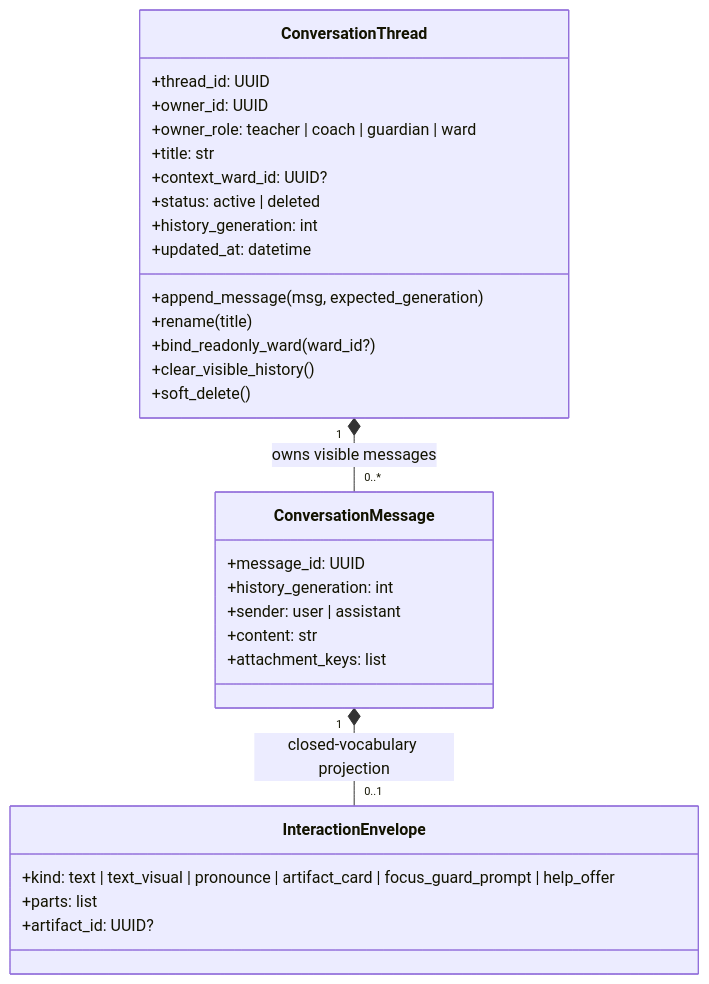
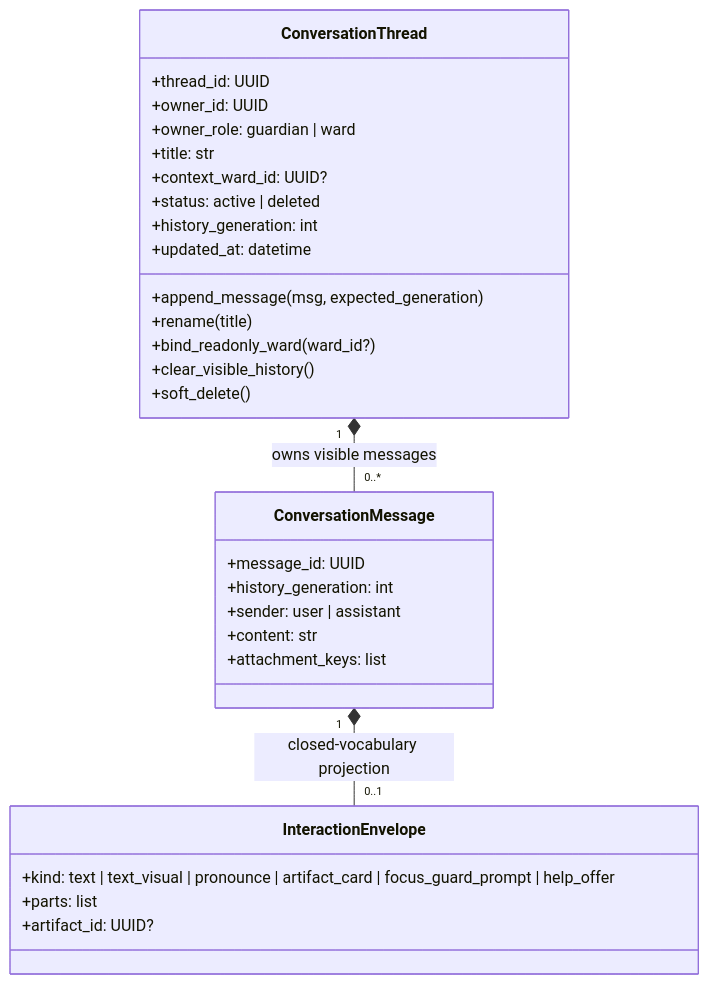
One commit to johanchow/duxue changed the first of 4 diagrams in docs/technical/domain-conversation.md. Above: the diagram before and after it, drawn with Mermaid. The commit also changed other lines of this file and 12 other files, not shown here.

````diff
--- a/docs/technical/domain-conversation.md
+++ b/docs/technical/domain-conversation.md
@@ -73,32 +73,32 @@
 ```mermaid
 classDiagram
     class ConversationThread {
         +thread_id: UUID
         +owner_id: UUID
-        +owner_role: teacher | coach | guardian | ward
+        +owner_role: guardian | ward
         +title: str
         +context_ward_id: UUID?
         +status: active | deleted
         +history_generation: int
         +updated_at: datetime
         +append_message(msg, expected_generation)
         +rename(title)
         +bind_readonly_ward(ward_id?)
         +clear_visible_history()
         +soft_delete()
     }
     class ConversationMessage {
         +message_id: UUID
         +history_generation: int
         +sender: user | assistant
         +content: str
         +attachment_keys: list
     }
     class InteractionEnvelope {
         +kind: text | text_visual | pronounce | artifact_card | focus_guard_prompt | help_offer
         +parts: list
         +artifact_id: UUID?
     }
     ConversationThread "1" *-- "0..*" ConversationMessage : owns visible messages
     ConversationMessage "1" *-- "0..1" InteractionEnvelope : closed-vocabulary projection
 ```
````
